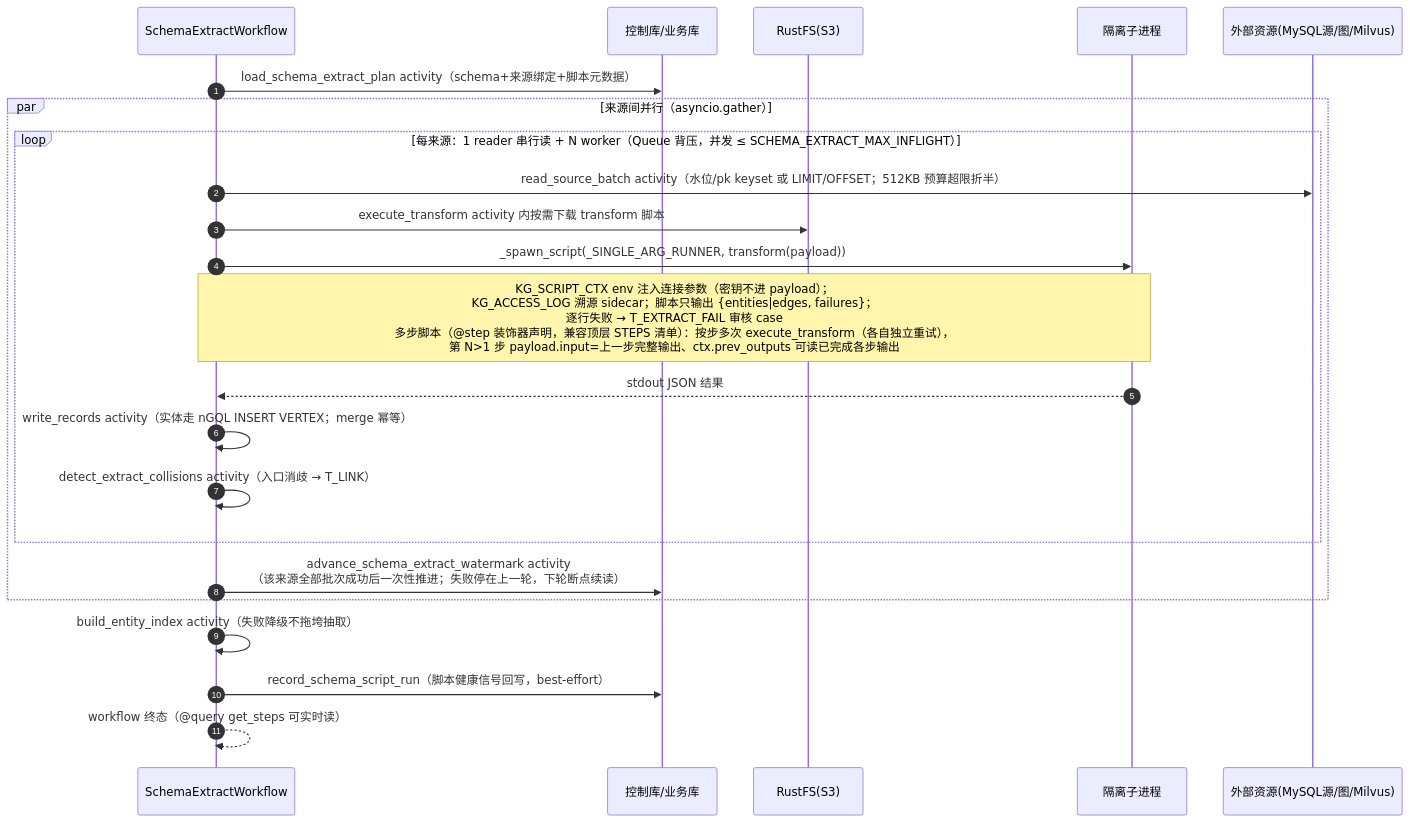
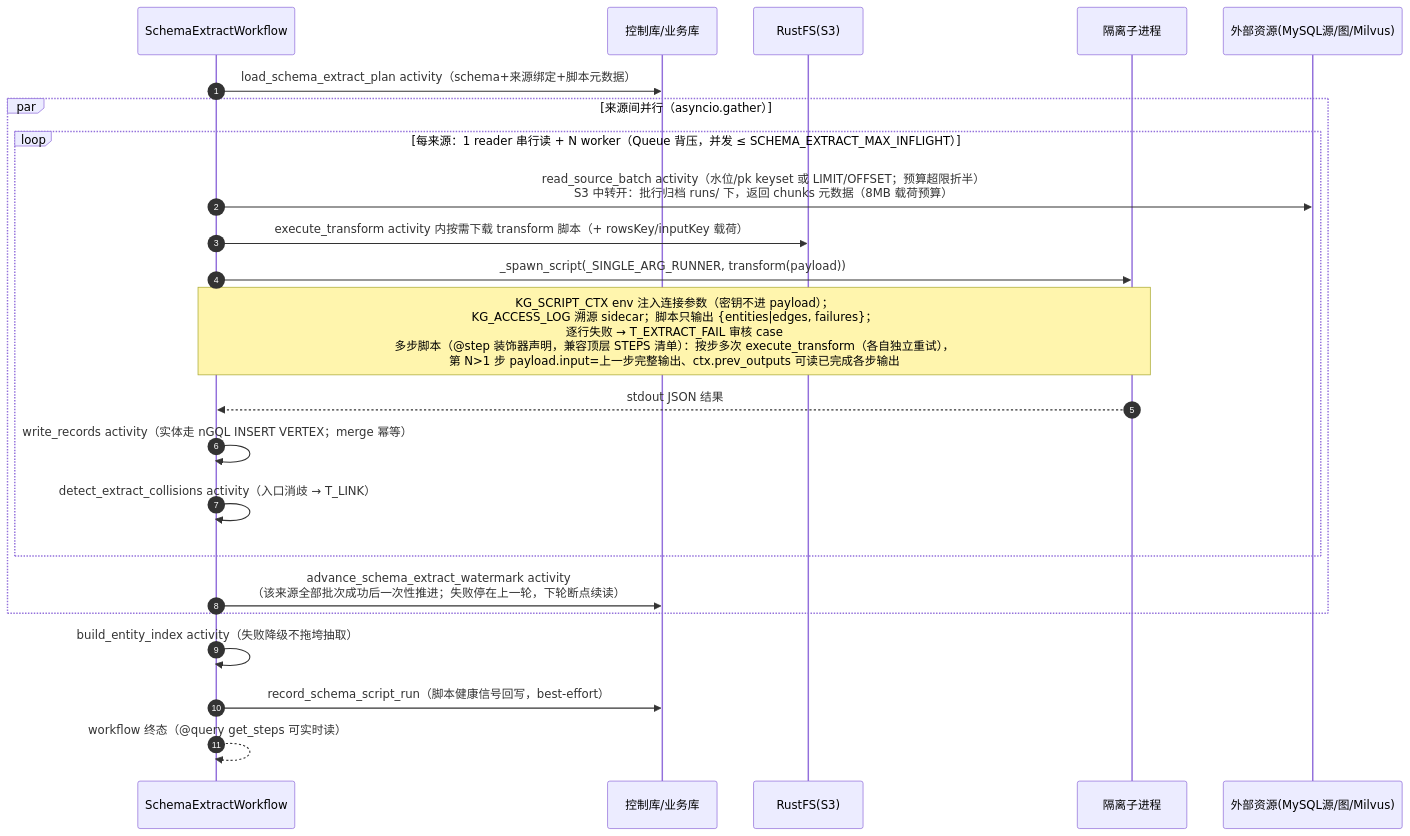
The second of 4 diagrams in docs/工作流系统模块.md (Marisolebxf/tech-kg-api), drawn with Mermaid before and after one commit. The commit also changed other lines of this file and 13 other files, not shown here.

````diff
--- a/docs/工作流系统模块.md
+++ b/docs/工作流系统模块.md
@@ -179,26 +180,26 @@
 ```mermaid
 sequenceDiagram
     autonumber
     participant WK as SchemaExtractWorkflow
     participant DB as 控制库/业务库
     participant S3 as RustFS(S3)
     participant SUB as 隔离子进程
     participant RES as 外部资源(MySQL源/图/Milvus)
 
     WK->>DB: load_schema_extract_plan activity（schema+来源绑定+脚本元数据）
     par 来源间并行（asyncio.gather）
         loop 每来源：1 reader 串行读 + N worker（Queue 背压，并发 ≤ SCHEMA_EXTRACT_MAX_INFLIGHT）
-            WK->>RES: read_source_batch activity（水位/pk keyset 或 LIMIT/OFFSET；512KB 预算超限折半）
-            WK->>S3: execute_transform activity 内按需下载 transform 脚本
+            WK->>RES: read_source_batch activity（水位/pk keyset 或 LIMIT/OFFSET；预算超限折半）<br/>S3 中转开：批行归档 runs/ 下，返回 chunks 元数据（8MB 载荷预算）
+            WK->>S3: execute_transform activity 内按需下载 transform 脚本（+ rowsKey/inputKey 载荷）
             WK->>SUB: _spawn_script(_SINGLE_ARG_RUNNER, transform(payload))
             note over WK,SUB: KG_SCRIPT_CTX env 注入连接参数（密钥不进 payload）；<br/>KG_ACCESS_LOG 溯源 sidecar；脚本只输出 {entities|edges, failures}；<br/>逐行失败 → T_EXTRACT_FAIL 审核 case<br/>多步脚本（@step 装饰器声明，兼容顶层 STEPS 清单）：按步多次 execute_transform（各自独立重试），<br/>第 N>1 步 payload.input=上一步完整输出、ctx.prev_outputs 可读已完成各步输出
             SUB-->>WK: stdout JSON 结果
             WK->>WK: write_records activity（实体走 nGQL INSERT VERTEX；merge 幂等）
             WK->>WK: detect_extract_collisions activity（入口消歧 → T_LINK）
         end
         WK->>DB: advance_schema_extract_watermark activity<br/>（该来源全部批次成功后一次性推进；失败停在上一轮，下轮断点续读）
     end
     WK->>WK: build_entity_index activity（失败降级不拖垮抽取）
     WK->>DB: record_schema_script_run（脚本健康信号回写，best-effort）
     WK-->>WK: workflow 终态（@query get_steps 可实时读）
 ```
````
